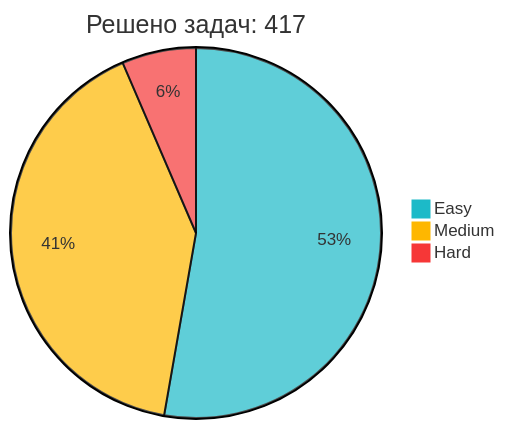
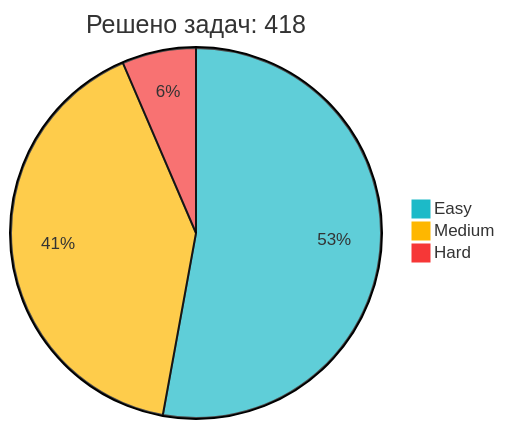
The diagram in README.md (IliaKurdukov/IliaKurdukov), drawn with Mermaid before and after one commit. The commit also changed other lines of this file, not shown here.

Commit message:
📈 Обновление статистики LeetCode

````diff
--- a/README.md
+++ b/README.md
@@ -51,7 +51,7 @@
 ```mermaid
 %%{init: {'theme': 'base', 'themeVariables': { 'pie1': '#1CBAC8', 'pie2': '#FEB700', 'pie3': '#F63737' }, 'config': {'width': 300, 'height': 200}}}%%
-pie title Решено задач: 417
-   "Easy" : 220
+pie title Решено задач: 418
+   "Easy" : 221
    "Medium" : 170
    "Hard" : 27
 ```
````
